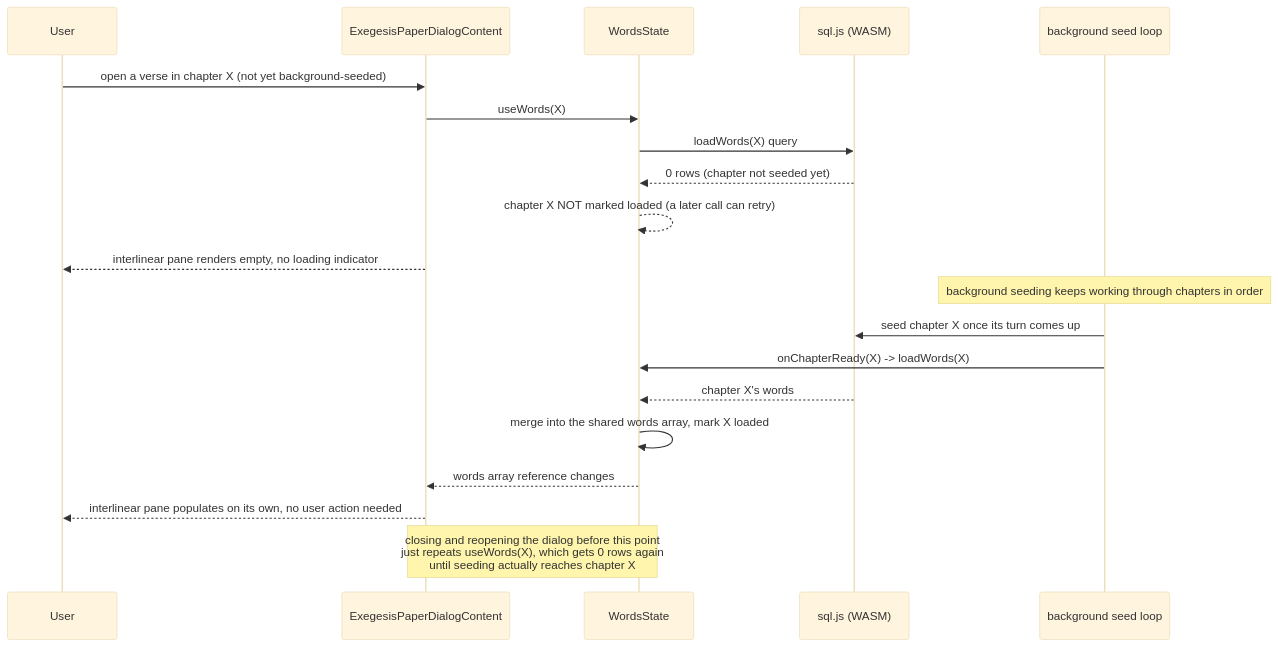
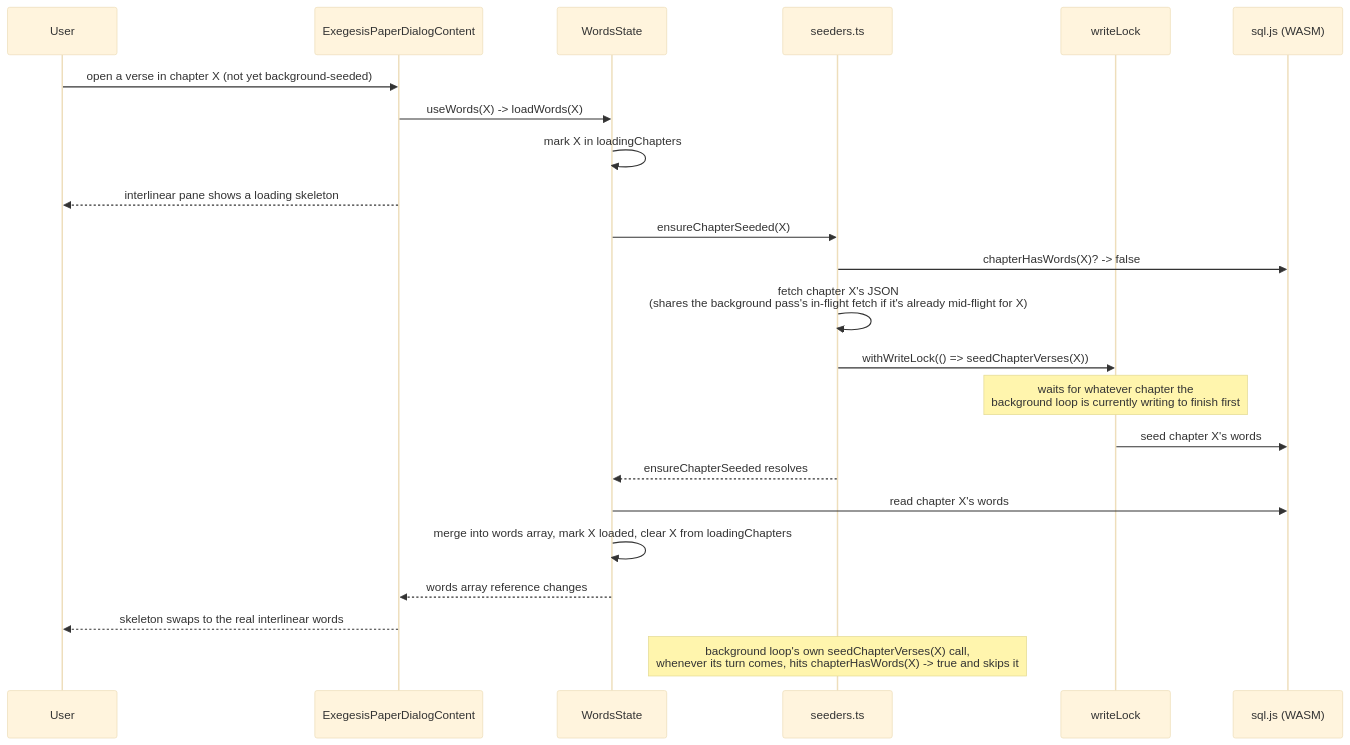
One commit to systatum/bil-quran changed the fifth of 5 diagrams in README.md. Above: the diagram before and after it, drawn with Mermaid (base theme). The commit also changed other lines of this file and 4 other files, not shown here.

First line of the commit message:
Show loading skeleton in exegesis dialog if seeding

````diff
--- a/README.md
+++ b/README.md
@@ -252,26 +268,27 @@
 ```mermaid
 sequenceDiagram
     participant U as User
     participant EC as ExegesisPaperDialogContent
     participant Words as WordsState
+    participant Seed as seeders.ts
+    participant Lock as writeLock
     participant DB as sql.js (WASM)
-    participant Seed as background seed loop
 
     U->>EC: open a verse in chapter X (not yet background-seeded)
-    EC->>Words: useWords(X)
-    Words->>DB: loadWords(X) query
-    DB-->>Words: 0 rows (chapter not seeded yet)
-    Words-->>Words: chapter X NOT marked loaded (a later call can retry)
-    EC-->>U: interlinear pane renders empty, no loading indicator
+    EC->>Words: useWords(X) -> loadWords(X)
+    Words->>Words: mark X in loadingChapters
+    EC-->>U: interlinear pane shows a loading skeleton
+    Words->>Seed: ensureChapterSeeded(X)
+    Seed->>DB: chapterHasWords(X)? -> false
+    Seed->>Seed: fetch chapter X's JSON<br/>(shares the background pass's in-flight fetch if it's already mid-flight for X)
+    Seed->>Lock: withWriteLock(() => seedChapterVerses(X))
+    Note over Lock: waits for whatever chapter the<br/>background loop is currently writing to finish first
+    Lock->>DB: seed chapter X's words
+    Seed-->>Words: ensureChapterSeeded resolves
+    Words->>DB: read chapter X's words
+    Words->>Words: merge into words array, mark X loaded, clear X from loadingChapters
+    Words-->>EC: words array reference changes
+    EC-->>U: skeleton swaps to the real interlinear words
 
-    Note over Seed: background seeding keeps working through chapters in order
-
-    Seed->>DB: seed chapter X once its turn comes up
-    Seed->>Words: onChapterReady(X) -> loadWords(X)
-    DB-->>Words: chapter X's words
-    Words->>Words: merge into the shared words array, mark X loaded
-    Words-->>EC: words array reference changes
-    EC-->>U: interlinear pane populates on its own, no user action needed
-
-    Note over EC,Words: closing and reopening the dialog before this point<br/>just repeats useWords(X), which gets 0 rows again<br/>until seeding actually reaches chapter X
+    Note over Seed: background loop's own seedChapterVerses(X) call,<br/>whenever its turn comes, hits chapterHasWords(X) -> true and skips it
 ```
````
